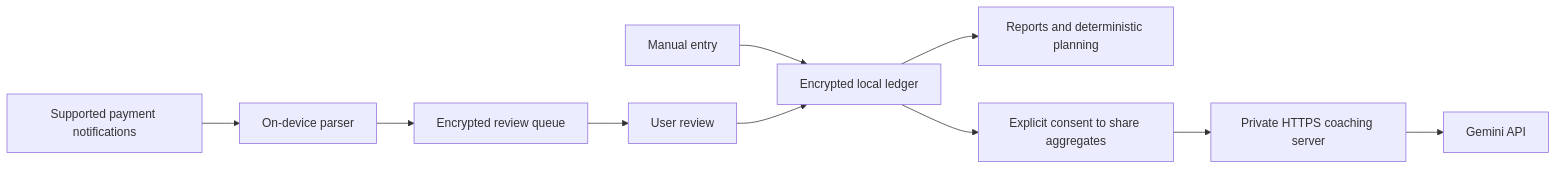
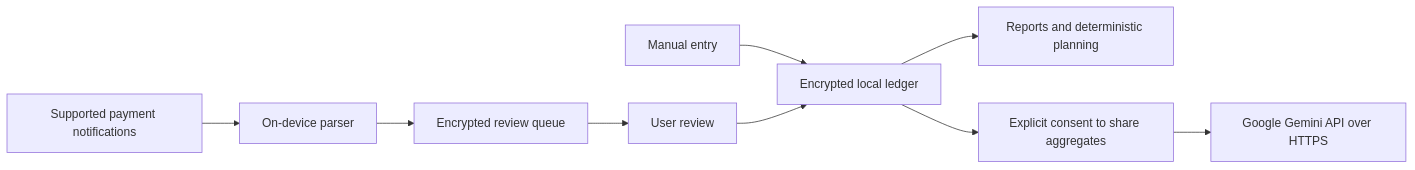
The diagram in docs/PROJECT_BRIEF.md (benayaram/Personal-Expense-Tracker-AI), drawn with Mermaid before and after one commit. The commit also changed other lines of this file and 20 other files, not shown here.

````diff
--- a/docs/PROJECT_BRIEF.md
+++ b/docs/PROJECT_BRIEF.md
@@ -53,12 +55,11 @@
 ```mermaid
 flowchart LR
   Alerts[Supported payment notifications] --> Filter[On-device parser]
   Filter --> Queue[Encrypted review queue]
   Manual[Manual entry] --> Ledger[Encrypted local ledger]
   Queue --> Review[User review]
   Review --> Ledger
   Ledger --> Reports[Reports and deterministic planning]
   Ledger --> Consent[Explicit consent to share aggregates]
-  Consent --> Server[Private HTTPS coaching server]
-  Server --> Gemini[Gemini API]
+  Consent --> Gemini[Google Gemini API over HTTPS]
 ```
````
